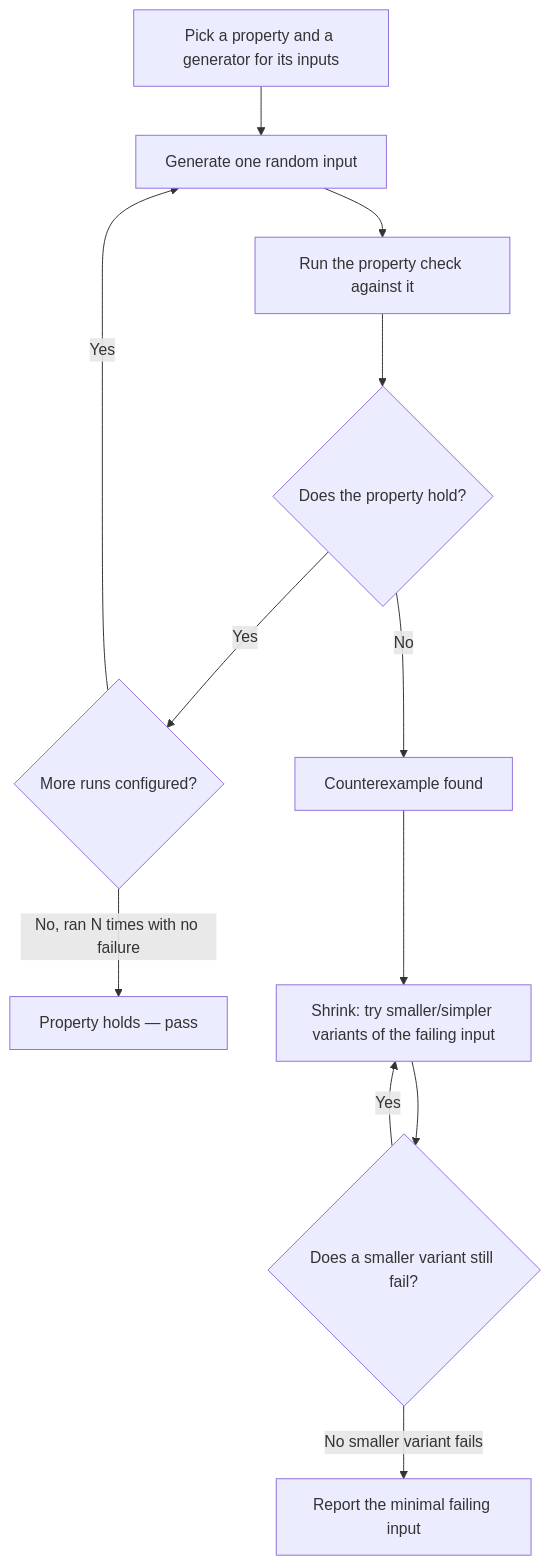
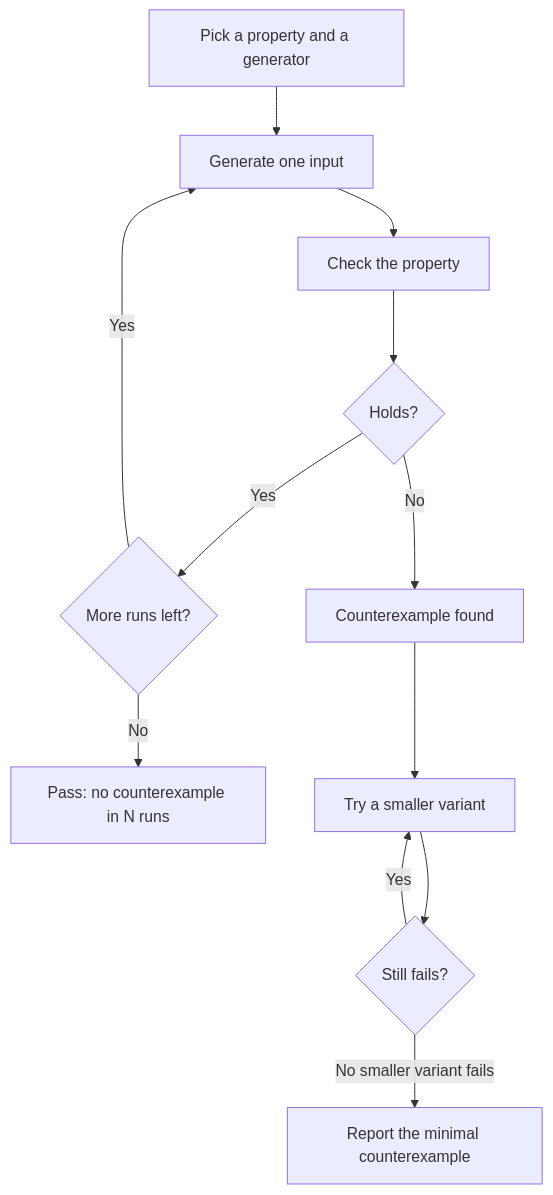
The second of 2 diagrams in src/content/testing-quality/property-based-testing/L2-concept.mdx (francoandreDev/knowledge), drawn with Mermaid before and after one commit. The commit also changed other lines of this file and 16 other files, not shown here.

Commit message:
Migrate testing-quality batch 3 (property-based-testing, contract-testing, fault-injection, test-suite-architecture) to the three-tier exercise model

````diff
--- a/src/content/testing-quality/property-based-testing/L2-concept.mdx
+++ b/src/content/testing-quality/property-based-testing/L2-concept.mdx
@@ -78,14 +113,14 @@
 ```mermaid
 flowchart TD
-    A[Pick a property and a generator for its inputs] --> B[Generate one random input]
-    B --> C[Run the property check against it]
-    C --> D{Does the property hold?}
-    D -- Yes --> E{More runs configured?}
+    A[Pick a property and a generator] --> B[Generate one input]
+    B --> C[Check the property]
+    C --> D{Holds?}
+    D -- Yes --> E{More runs left?}
     E -- Yes --> B
-    E -- No, ran N times with no failure --> F[Property holds — pass]
+    E -- No --> F["Pass: no counterexample in N runs"]
     D -- No --> G[Counterexample found]
-    G --> H[Shrink: try smaller/simpler variants of the failing input]
-    H --> I{Does a smaller variant still fail?}
+    G --> H[Try a smaller variant]
+    H --> I{Still fails?}
     I -- Yes --> H
-    I -- No smaller variant fails --> J[Report the minimal failing input]
+    I -- No smaller variant fails --> J[Report the minimal counterexample]
 ```
````
